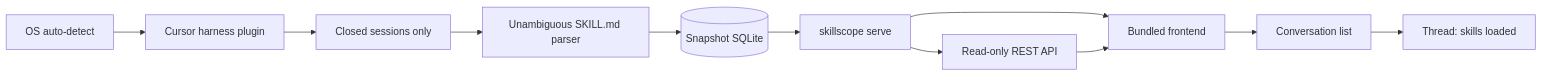
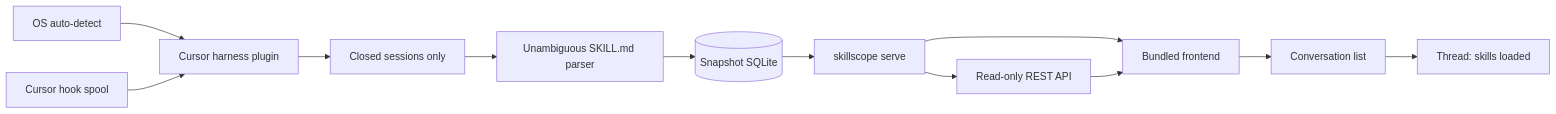
One commit to ganan-s/skillscope changed the diagram in docs/01-vision.md. Above: the diagram before and after it, drawn with Mermaid. The commit also changed other lines of this file and 13 other files, not shown here.

````diff
--- a/docs/01-vision.md
+++ b/docs/01-vision.md
@@ -110,23 +120,25 @@
 ```mermaid
 flowchart LR
   osDetect[OS auto-detect]
   plugin[Cursor harness plugin]
+  hook[Cursor hook spool]
   closed[Closed sessions only]
   parse[Unambiguous SKILL.md parser]
   db[(Snapshot SQLite)]
   serve[skillscope serve]
   api[Read-only REST API]
   web[Bundled frontend]
   list[Conversation list]
   detail[Thread: skills loaded]
   osDetect --> plugin
+  hook --> plugin
   plugin --> closed
   closed --> parse
   parse --> db
   db --> serve
   serve --> api
   serve --> web
   api --> web
   web --> list
   list --> detail
 ```
````
